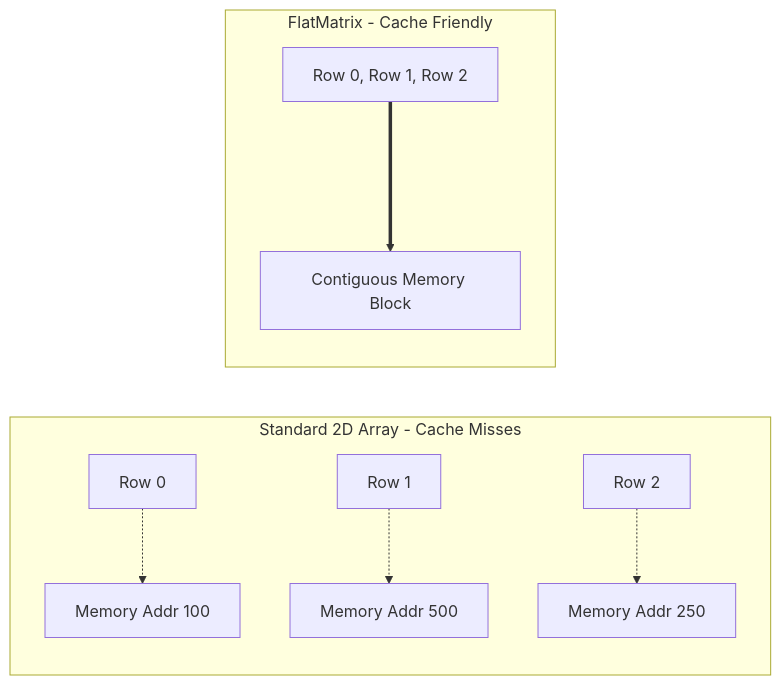
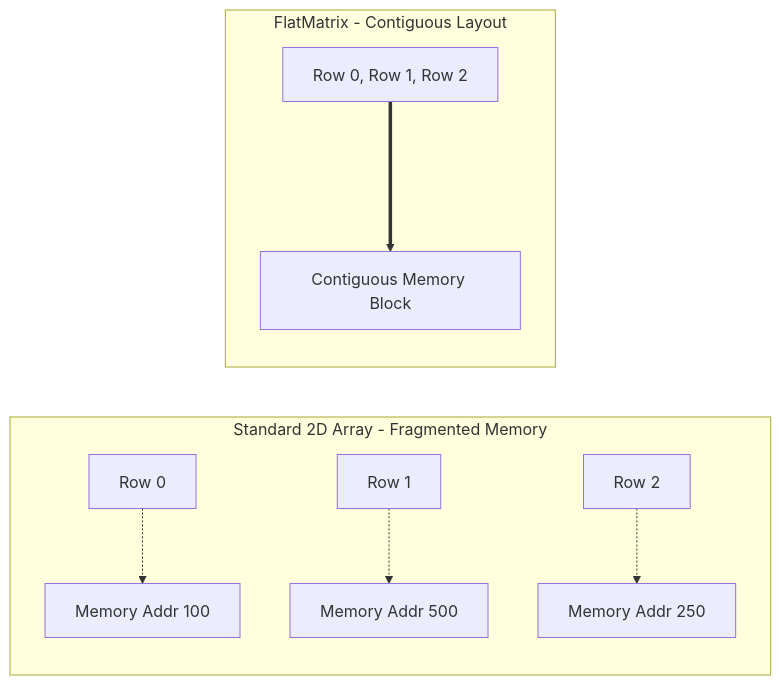
One commit to TalArbiv31/knn-classifier-matrix-optimization changed the first of 2 diagrams in README.md. Above: the diagram before and after it, drawn with Mermaid. The commit also changed other lines of this file, not shown here.

````diff
--- a/README.md
+++ b/README.md
@@ -23,12 +23,12 @@
 ```mermaid
 graph LR
-    subgraph Sub1 [Standard 2D Array - Cache Misses]
+    subgraph Sub1 [Standard 2D Array - Fragmented Memory]
         R0[Row 0] -.-> M1[Memory Addr 100]
         R1[Row 1] -.-> M2[Memory Addr 500]
         R2[Row 2] -.-> M3[Memory Addr 250]
     end
 
-    subgraph Sub2 [FlatMatrix - Cache Friendly]
+    subgraph Sub2 [FlatMatrix - Contiguous Layout]
         F1[Row 0, Row 1, Row 2] ===> M4[Contiguous Memory Block]
     end
 ```
````
